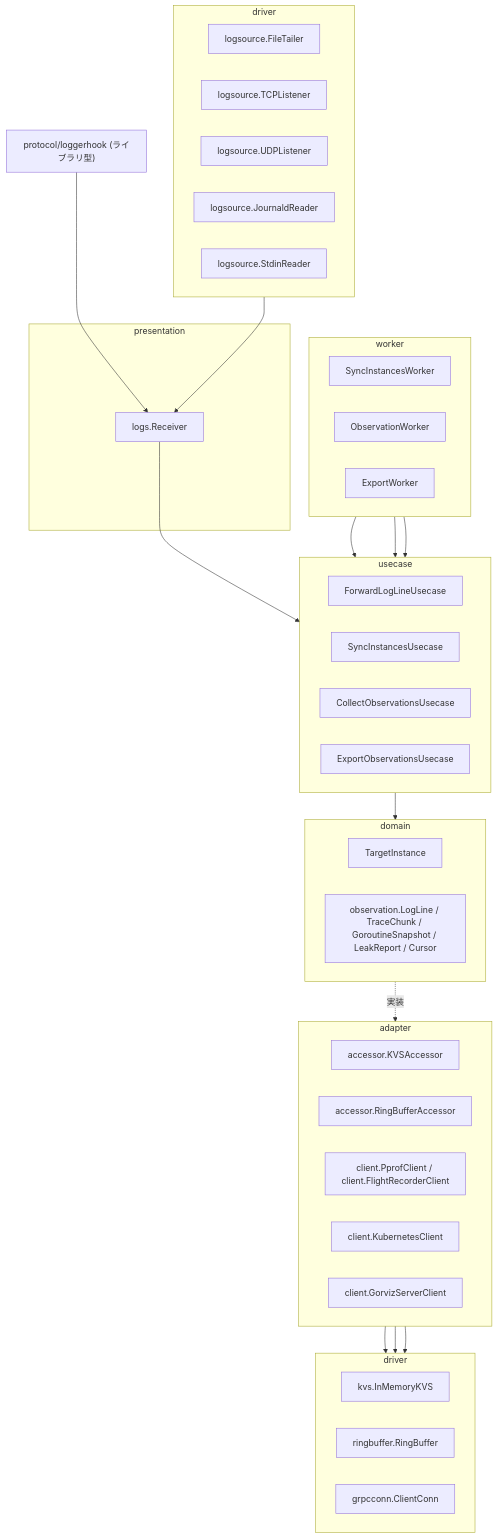
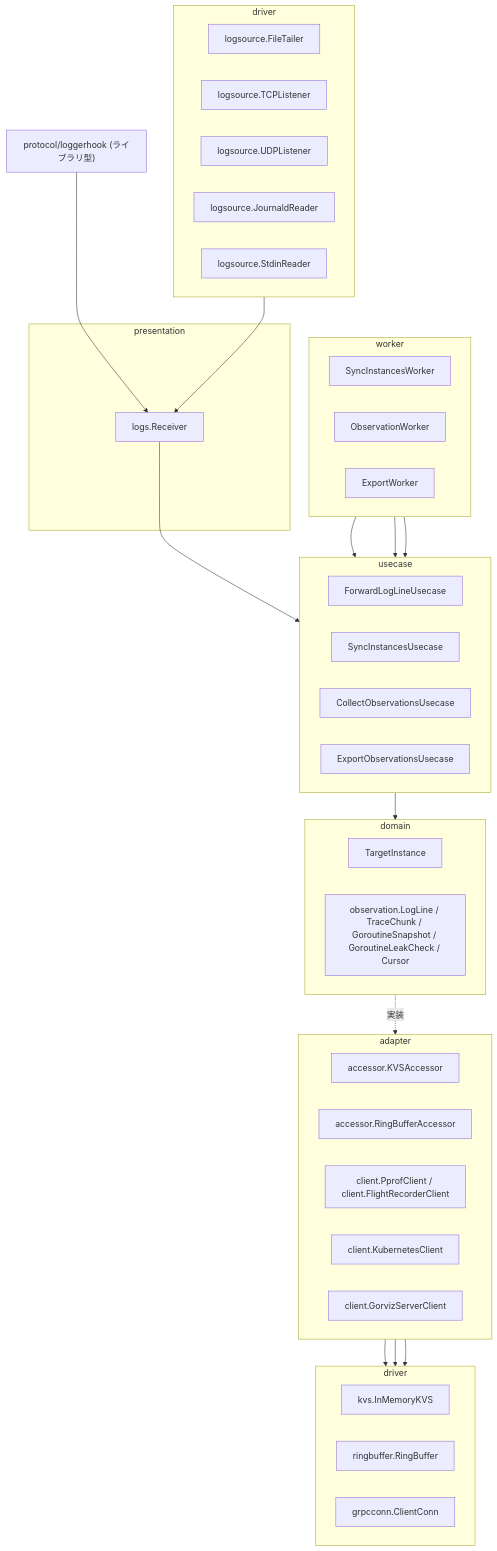
The third of 14 diagrams in docs/architecture.md (kakkky/gorviz), drawn with Mermaid before and after one commit. The commit also changed other lines of this file and 1 other file, not shown here.

````diff
--- a/docs/architecture.md
+++ b/docs/architecture.md
@@ -122,59 +122,59 @@
 ```mermaid
 flowchart TD
     subgraph driverIn["driver"]
         direction LR
         FileTailer["logsource.FileTailer"]
         TCPListener["logsource.TCPListener"]
         UDPListener["logsource.UDPListener"]
         JournaldReader["logsource.JournaldReader"]
         StdinReader["logsource.StdinReader"]
     end
     LoggerHook["protocol/loggerhook (ライブラリ型)"]
     subgraph presentation["presentation"]
         LogHandler["logs.Receiver"]
     end
     subgraph worker["worker"]
         direction LR
         SyncInstancesWorker
         ObservationWorker
         ExportWorker
     end
     subgraph usecase["usecase"]
         direction LR
         ForwardLogLineUsecase
         SyncInstancesUsecase
         CollectObservationsUsecase
         ExportObservationsUsecase
     end
     subgraph domain["domain"]
         direction LR
         TargetInstance
-        Observation["observation.LogLine / TraceChunk / GoroutineSnapshot / LeakReport / Cursor"]
+        Observation["observation.LogLine / TraceChunk / GoroutineSnapshot / GoroutineLeakCheck / Cursor"]
     end
     subgraph adapter["adapter"]
         direction LR
         KVSAccessor["accessor.KVSAccessor"]
         RingBufferAccessor["accessor.RingBufferAccessor"]
         RuntimeClient["client.PprofClient / client.FlightRecorderClient"]
         KubernetesClient["client.KubernetesClient"]
         ServerClient["client.GorvizServerClient"]
     end
     subgraph driverOut["driver"]
         direction LR
         InMemoryKVS["kvs.InMemoryKVS"]
         RingBuffer["ringbuffer.RingBuffer"]
         ClientConn["grpcconn.ClientConn"]
     end
 
     driverIn --> LogHandler
     LoggerHook --> LogHandler
     LogHandler --> ForwardLogLineUsecase
     SyncInstancesWorker --> SyncInstancesUsecase
     ObservationWorker --> CollectObservationsUsecase
     ExportWorker --> ExportObservationsUsecase
     usecase --> domain
     domain -. 実装 .-> adapter
     KVSAccessor --> InMemoryKVS
     RingBufferAccessor --> RingBuffer
     ServerClient --> ClientConn
 ```
````
